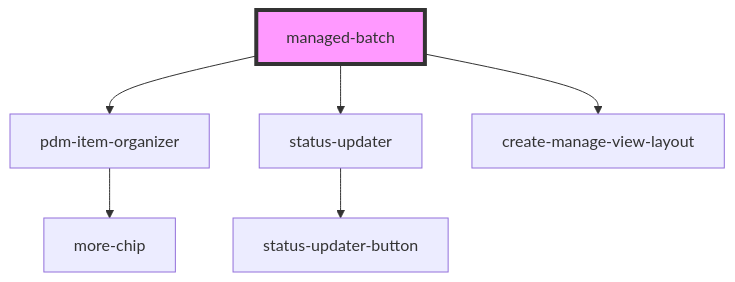
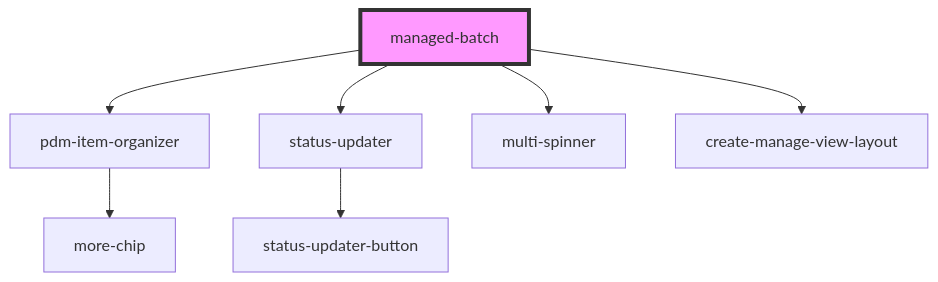
The diagram in pdm-web-components/src/components/managed-batch/readme.md (PharmaLedger-IMI/fgt-workspace), drawn with Mermaid before and after one commit. The commit also changed other lines of this file and 8 other files, not shown here.

````diff
--- a/pdm-web-components/src/components/managed-batch/readme.md
+++ b/pdm-web-components/src/components/managed-batch/readme.md
@@ -68,9 +69,10 @@
 ```mermaid
 graph TD;
   managed-batch --> pdm-item-organizer
   managed-batch --> status-updater
+  managed-batch --> multi-spinner
   managed-batch --> create-manage-view-layout
   pdm-item-organizer --> more-chip
   status-updater --> status-updater-button
   style managed-batch fill:#f9f,stroke:#333,stroke-width:4px
 ```
````
